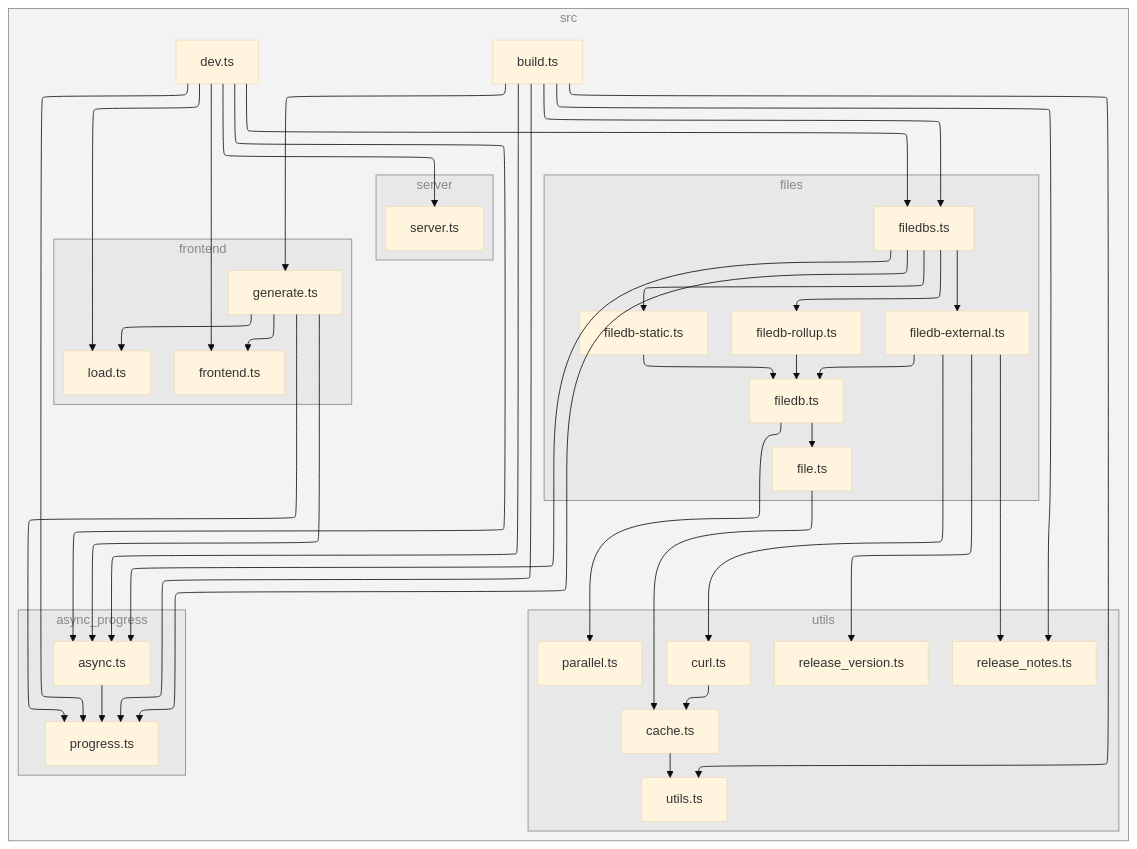
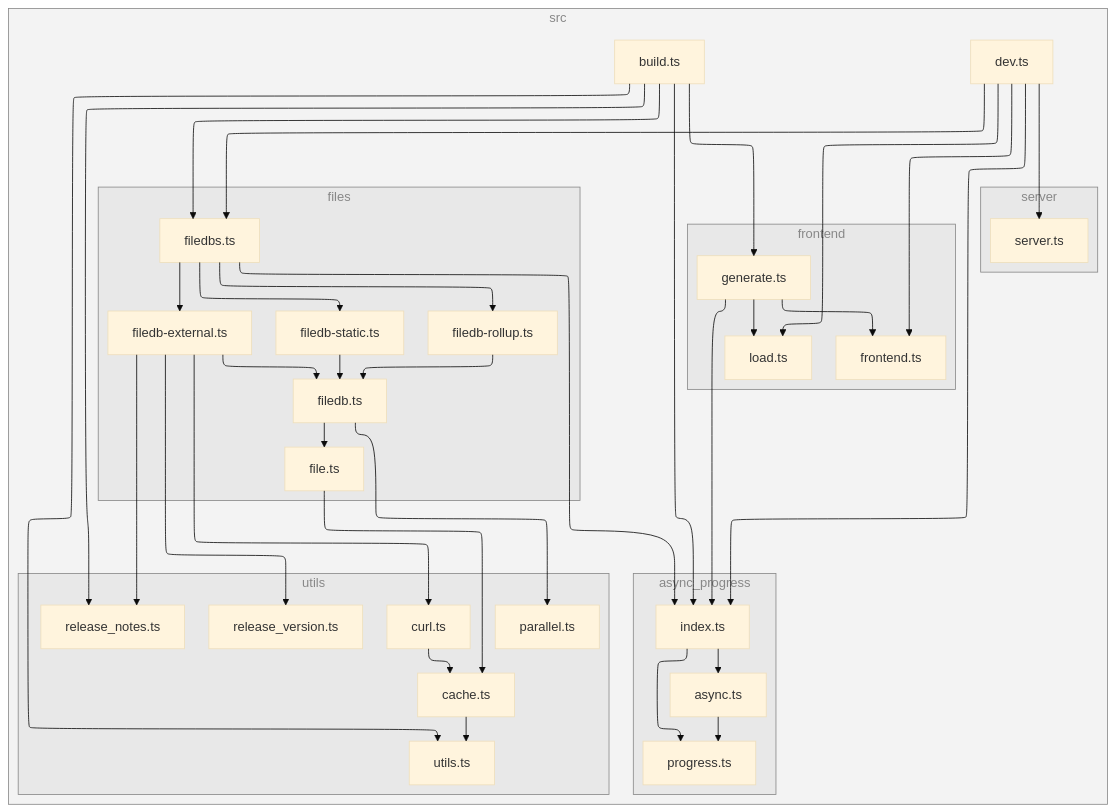
One commit to versatiles-org/versatiles-frontend changed the diagram in README.md. Above: the diagram before and after it, drawn with Mermaid (base theme). The commit also changed 7 other files, not shown here.

````diff
--- a/README.md
+++ b/README.md
@@ -97,76 +97,75 @@
 ```mermaid
 ---
 config:
   layout: elk
 ---
 flowchart TB
 
 subgraph 0["src"]
 subgraph 1["async_progress"]
 2["async.ts"]
 3["progress.ts"]
+4["index.ts"]
 end
-4["build.ts"]
-subgraph 5["files"]
-6["filedbs.ts"]
-7["filedb-external.ts"]
-E["filedb.ts"]
-G["file.ts"]
-H["filedb-rollup.ts"]
-I["filedb-static.ts"]
+5["build.ts"]
+subgraph 6["files"]
+7["filedbs.ts"]
+8["filedb-external.ts"]
+F["filedb.ts"]
+H["file.ts"]
+I["filedb-rollup.ts"]
+J["filedb-static.ts"]
 end
-subgraph 8["utils"]
-9["curl.ts"]
-A["cache.ts"]
-B["utils.ts"]
-C["release_notes.ts"]
-D["release_version.ts"]
-F["parallel.ts"]
+subgraph 9["utils"]
+A["curl.ts"]
+B["cache.ts"]
+C["utils.ts"]
+D["release_notes.ts"]
+E["release_version.ts"]
+G["parallel.ts"]
 end
-subgraph J["frontend"]
-K["generate.ts"]
-L["frontend.ts"]
-M["load.ts"]
+subgraph K["frontend"]
+L["generate.ts"]
+M["frontend.ts"]
+N["load.ts"]
 end
-N["dev.ts"]
-subgraph O["server"]
-P["server.ts"]
+O["dev.ts"]
+subgraph P["server"]
+Q["server.ts"]
 end
 end
 2-->3
 4-->2
 4-->3
-4-->6
-4-->K
-4-->C
-4-->B
-6-->2
-6-->3
-6-->7
-6-->H
-6-->I
-7-->9
-7-->C
-7-->D
-7-->E
-9-->A
+5-->4
+5-->7
+5-->L
+5-->D
+5-->C
+7-->4
+7-->8
+7-->I
+7-->J
+8-->A
+8-->D
+8-->E
+8-->F
 A-->B
-E-->F
-E-->G
-G-->A
-H-->E
-I-->E
-K-->2
-K-->3
-K-->L
-K-->M
-N-->2
-N-->3
-N-->6
-N-->L
-N-->M
-N-->P
+B-->C
+F-->G
+F-->H
+H-->B
+I-->F
+J-->F
+L-->4
+L-->M
+L-->N
+O-->4
+O-->7
+O-->M
+O-->N
+O-->Q
 
-class 0,1,5,8,J,O subgraphs;
+class 0,1,6,9,K,P subgraphs;
 classDef subgraphs fill-opacity:0.1, fill:#888, color:#888, stroke:#888;
 ```
````
